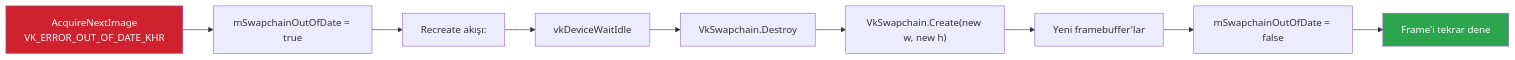
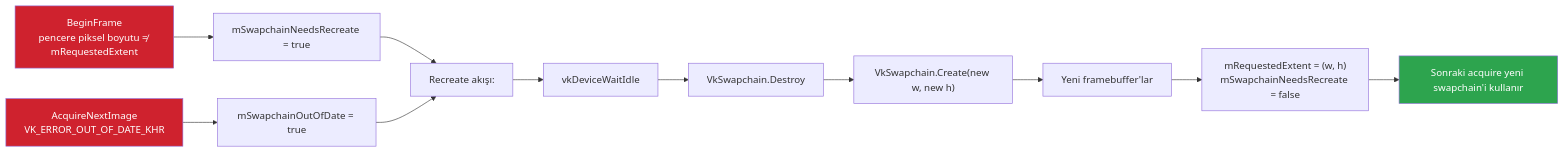
One commit to yazilimperver/sdl-painter changed the sixth of 9 diagrams in doc/backend-ic-yapisi.md. Above: the diagram before and after it, drawn with Mermaid. The commit also changed other lines of this file and 30 other files, not shown here.

````diff
--- a/doc/backend-ic-yapisi.md
+++ b/doc/backend-ic-yapisi.md
@@ -273,14 +273,17 @@
 ```mermaid
 flowchart LR
+    S["BeginFrame<br/>pencere piksel boyutu ≠ mRequestedExtent"] --> N["mSwapchainNeedsRecreate = true"]
     A["AcquireNextImage<br/>VK_ERROR_OUT_OF_DATE_KHR"] --> B["mSwapchainOutOfDate = true"]
-    B --> C["Recreate akışı:"]
+    N --> C["Recreate akışı:"]
+    B --> C
     C --> D["vkDeviceWaitIdle"]
     D --> E["VkSwapchain.Destroy"]
     E --> F["VkSwapchain.Create(new w, new h)"]
     F --> G["Yeni framebuffer'lar"]
-    G --> H["mSwapchainOutOfDate = false"]
-    H --> I["Frame'i tekrar dene"]
+    G --> H["mRequestedExtent = (w, h)<br/>mSwapchainNeedsRecreate = false"]
+    H --> I["Sonraki acquire yeni swapchain'i kullanır"]
 
+    style S fill:#cf222e,color:#fff
     style A fill:#cf222e,color:#fff
     style I fill:#2da44e,color:#fff
 ```
````
